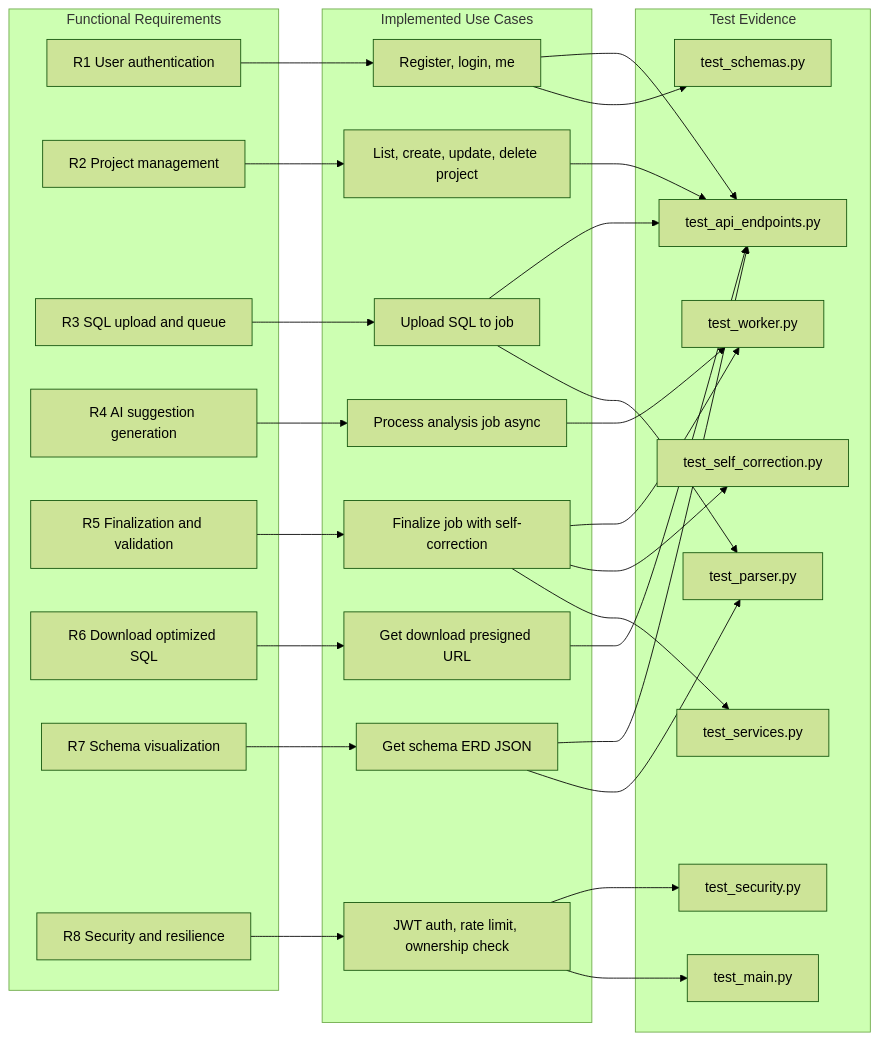
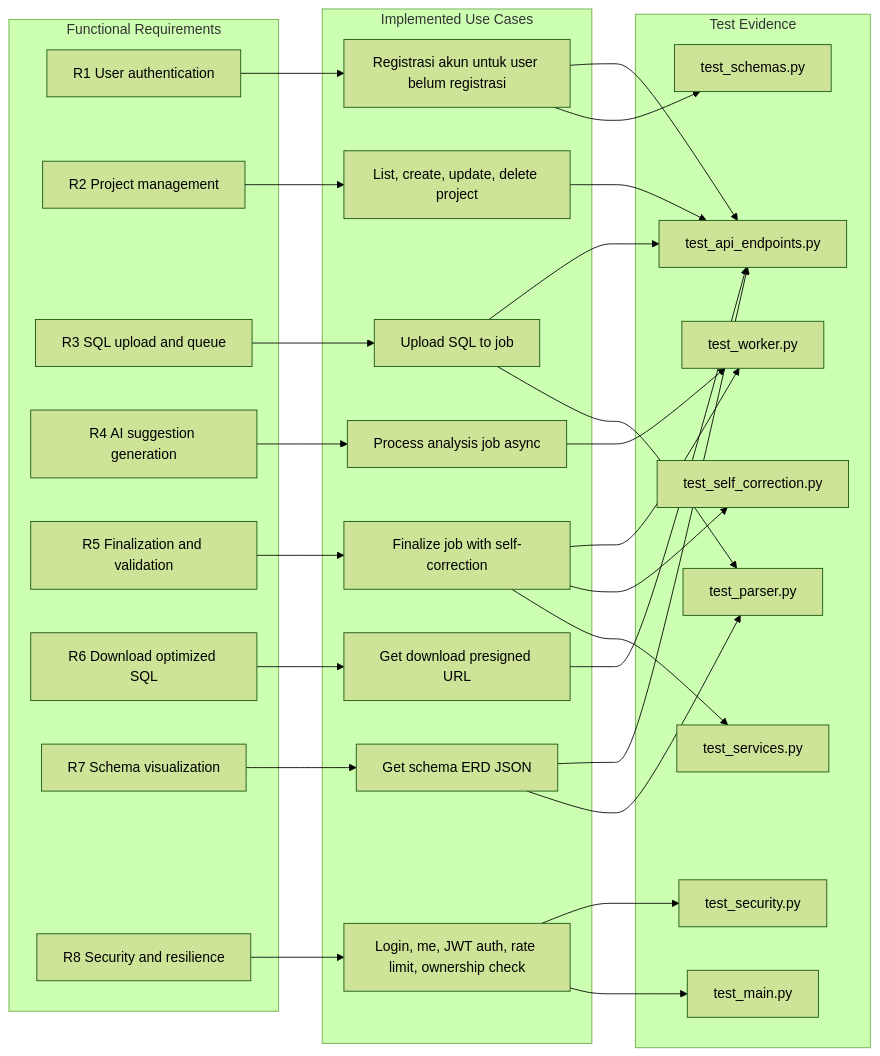
The diagram in 08-requirement-traceability-diagram.md (V60Code/tugas-akhir), drawn with Mermaid (forest theme) before and after one commit. The commit also changed 10 other files, not shown here.

````diff
--- a/08-requirement-traceability-diagram.md
+++ b/08-requirement-traceability-diagram.md
@@ -3,66 +3,66 @@
 ```mermaid
 flowchart LR
     subgraph REQ[Functional Requirements]
       R1[R1 User authentication]
       R2[R2 Project management]
       R3[R3 SQL upload and queue]
       R4[R4 AI suggestion generation]
       R5[R5 Finalization and validation]
       R6[R6 Download optimized SQL]
       R7[R7 Schema visualization]
       R8[R8 Security and resilience]
     end
 
     subgraph UC[Implemented Use Cases]
-      U1[Register, login, me]
+      U1[Registrasi akun untuk user belum registrasi]
       U2[List, create, update, delete project]
       U3[Upload SQL to job]
       U4[Process analysis job async]
       U5[Finalize job with self-correction]
       U6[Get download presigned URL]
       U7[Get schema ERD JSON]
-      U8[JWT auth, rate limit, ownership check]
+      U8[Login, me, JWT auth, rate limit, ownership check]
     end
 
     subgraph TEST[Test Evidence]
       T1[test_api_endpoints.py]
       T2[test_worker.py]
       T3[test_services.py]
       T4[test_self_correction.py]
       T5[test_security.py]
       T6[test_parser.py]
       T7[test_main.py]
       T8[test_schemas.py]
     end
 
     R1 --> U1
     R2 --> U2
     R3 --> U3
     R4 --> U4
     R5 --> U5
     R6 --> U6
     R7 --> U7
     R8 --> U8
 
     U1 --> T1
     U1 --> T8
 
     U2 --> T1
 
     U3 --> T1
     U3 --> T6
 
     U4 --> T2
 
     U5 --> T2
     U5 --> T4
     U5 --> T3
 
     U6 --> T1
 
     U7 --> T1
     U7 --> T6
 
     U8 --> T5
     U8 --> T7
 ```
````
